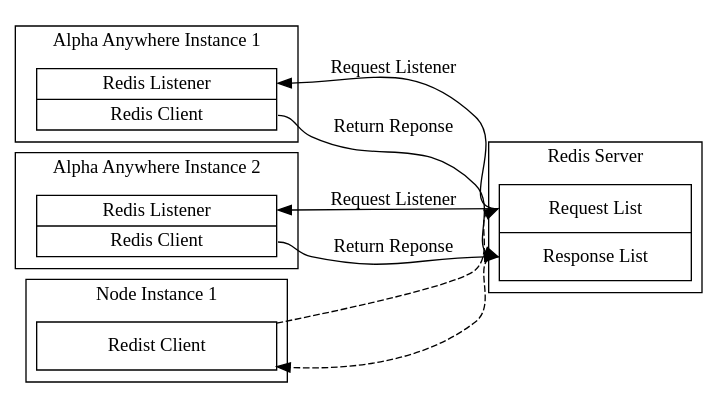
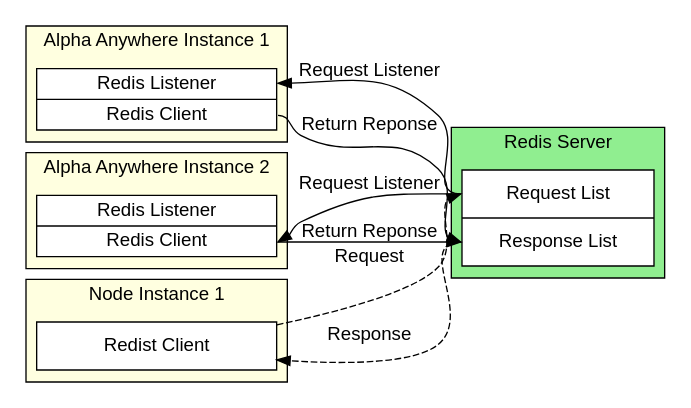
The diagram in helpfiles/Guides/Services/Redis/images/redis_queue.dot (BuildMan-Alpha/AlphaHelp), drawn with Graphviz before and after one commit. The commit also changed other lines of this file and 5 other files, not shown here.

```diff
--- a/helpfiles/Guides/Services/Redis/images/redis_queue.dot
+++ b/helpfiles/Guides/Services/Redis/images/redis_queue.dot
@@ -1,26 +1,38 @@
 digraph G {
    rankdir=LR    
-   node [shape=record];
+   node [shape=record,fontname=Arial,fillcolor=white,style=filled];
    subgraph clusterA {
        label="Alpha Anywhere Instance 1"
+       fillcolor=lightyellow
+       style=filled
+       fontname=Arial
        im1 [label="<m>Redis Listener|<r>Redis Client",shape=record,width=2.5];
    }
    subgraph clusterB {
       label="Alpha Anywhere Instance 2"
+       fillcolor=lightyellow
+       style=filled
+       fontname=Arial
       im2 [label="<m>Redis Listener|<r>Redis Client",shape=record,width=2.5];
    }
    subgraph clusterC {
      label="Node Instance 1"
+       fillcolor=lightyellow
+       style=filled
+       fontname=Arial
      im4 [label="<m>Redist Client",shape=record,width=2.5];
    }
    subgraph clusterD {
        label="Redis Server"
+       fillcolor=lightgreen
+       style=filled
+       fontname=Arial
        q1 [label="<m>Request List|<r>Response List",shape=record,width=2,height=1];
    }
-   im1:r -> q1:r [label="Return Reponse"]
-   im2:r -> q1:r [label="Return Reponse"]
-   im4:m -> q1:m [style=dashed]
-   q1:m -> im1:m [label="Request Listener"]
-   q1:m -> im2:m [label="Request Listener"]
-   q1:r -> im4:m [style=dashed]
+   im1:r -> q1:r [label="Return Reponse",fontname=Arial]
+   im2:r -> q1:r [label="Return Reponse",fontname=Arial]
+   im4:m -> q1:m [label="Request",style=dashed,fontname=Arial]
+   q1:m -> im1:m [label="Request Listener",fontname=Arial]
+   q1:m -> im2:r [label="Request Listener",fontname=Arial]
+   q1:r -> im4:m [label="Response"style=dashed,fontname=Arial]
 }
```
